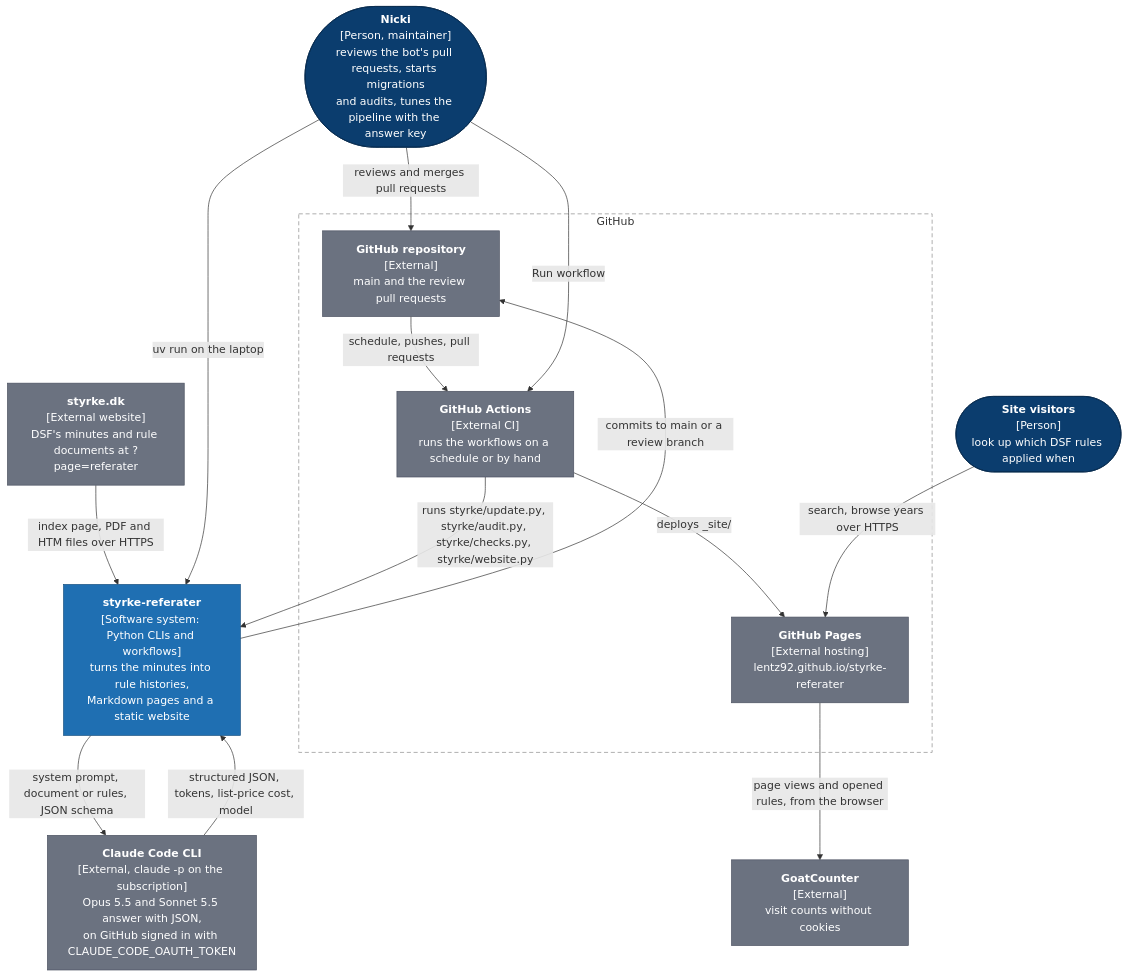
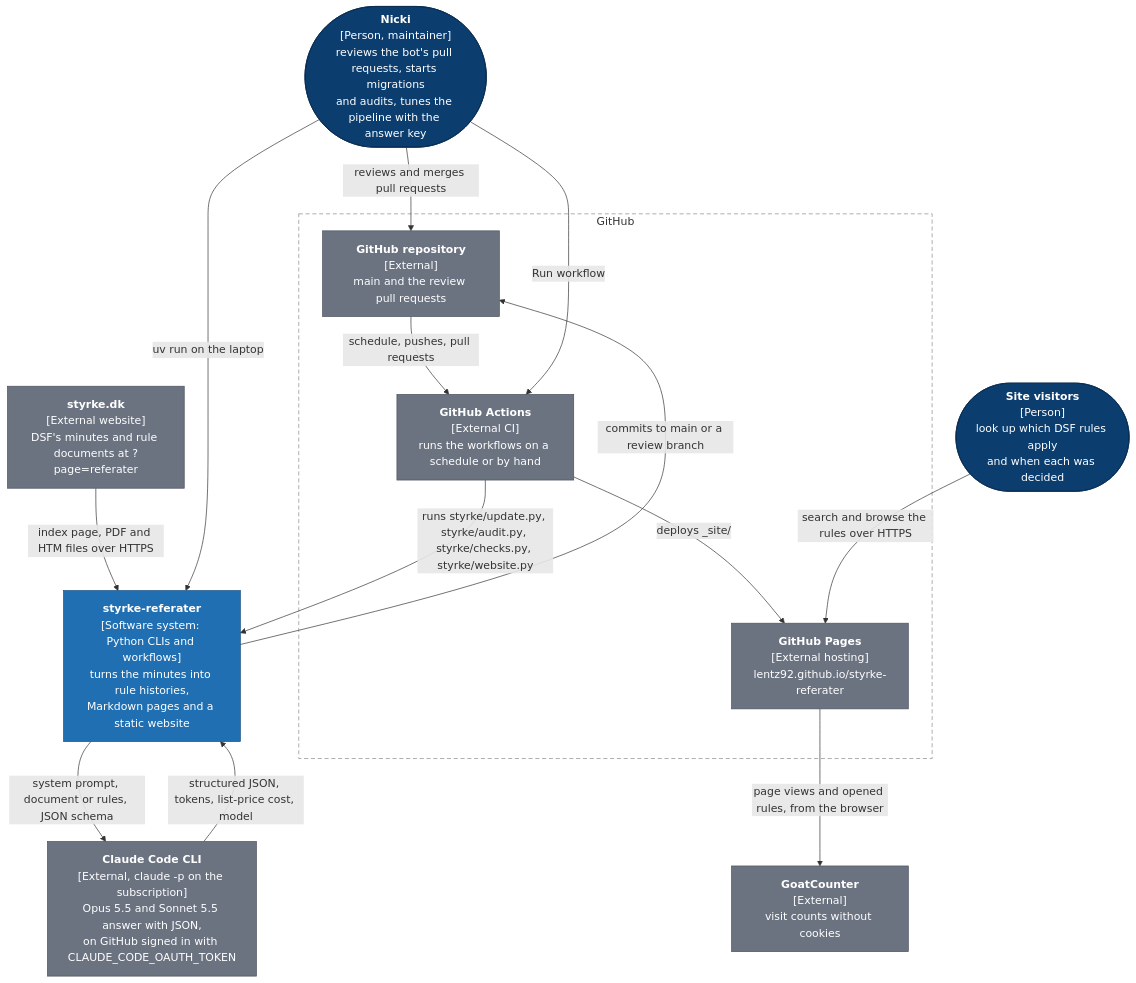
The sixth of 11 diagrams in docs/architecture.md (Lentz92/styrke-referater), drawn with Mermaid before and after one commit. The commit also changed 5 other files, not shown here.

````diff
--- a/docs/architecture.md
+++ b/docs/architecture.md
@@ -385,38 +385,38 @@
 ```mermaid
 flowchart TB
   %% Sources. docs/operations.md On GitHub, docs/how-it-works.md Website. GoatCounter: website/template.html.
   %% Token: update.yml and audit.yml read the secret CLAUDE_CODE_OAUTH_TOKEN and refuse ANTHROPIC_API_KEY.
 
   nicki(["<b>Nicki</b><br/>[Person, maintainer]<br/>reviews the bot's pull requests, starts migrations<br/>and audits, tunes the pipeline with the answer key"]):::person
-  visitors(["<b>Site visitors</b><br/>[Person]<br/>look up which DSF rules applied when"]):::person
+  visitors(["<b>Site visitors</b><br/>[Person]<br/>look up which DSF rules apply<br/>and when each was decided"]):::person
   sr["<b>styrke-referater</b><br/>[Software system: Python CLIs and workflows]<br/>turns the minutes into rule histories,<br/>Markdown pages and a static website"]:::code
   styrke["<b>styrke.dk</b><br/>[External website]<br/>DSF's minutes and rule documents at ?page=referater"]:::ext
   claude["<b>Claude Code CLI</b><br/>[External, claude -p on the subscription]<br/>Opus 5.5 and Sonnet 5.5 answer with JSON,<br/>on GitHub signed in with CLAUDE_CODE_OAUTH_TOKEN"]:::ext
   goat["<b>GoatCounter</b><br/>[External]<br/>visit counts without cookies"]:::ext
   subgraph GH["GitHub"]
     gha["<b>GitHub Actions</b><br/>[External CI]<br/>runs the workflows on a schedule or by hand"]:::ext
     repo["<b>GitHub repository</b><br/>[External]<br/>main and the review pull requests"]:::ext
     pages["<b>GitHub Pages</b><br/>[External hosting]<br/>lentz92.github.io/styrke-referater"]:::ext
   end
 
   styrke -->|"index page, PDF and HTM files over HTTPS"| sr
   sr -->|"system prompt, document or rules, JSON schema"| claude
   claude -->|"structured JSON, tokens, list-price cost, model"| sr
   gha -->|"runs styrke/update.py, styrke/audit.py, styrke/checks.py, styrke/website.py"| sr
   sr -->|"commits to main or a review branch"| repo
   repo -->|"schedule, pushes, pull requests"| gha
   gha -->|"deploys _site/"| pages
   nicki -->|"reviews and merges pull requests"| repo
   nicki -->|"Run workflow"| gha
   nicki -->|"uv run on the laptop"| sr
-  visitors -->|"search, browse years over HTTPS"| pages
+  visitors -->|"search and browse the rules over HTTPS"| pages
   pages -->|"page views and opened rules, from the browser"| goat
 
   style GH fill:none,stroke:#8a8a8a,stroke-dasharray:6 4
   classDef person fill:#0b3d6e,stroke:#072a4d,color:#ffffff
   classDef code fill:#1f6fb2,stroke:#154f80,color:#ffffff
   classDef claude fill:#c2410c,stroke:#8a2e08,color:#ffffff
   classDef ext fill:#6b7280,stroke:#4b5160,color:#ffffff
   classDef store fill:#2f7d5b,stroke:#1f5a40,color:#ffffff
   classDef guard fill:#8e244d,stroke:#5f1833,color:#ffffff
 ```
````
